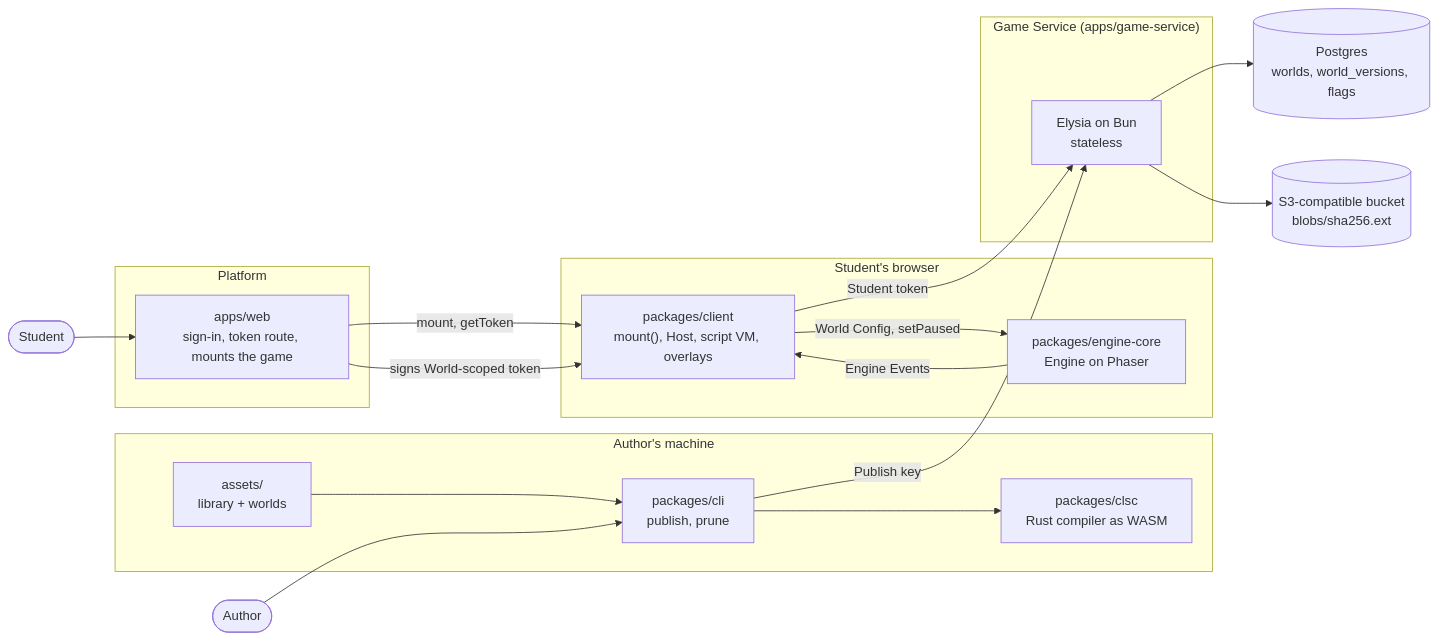
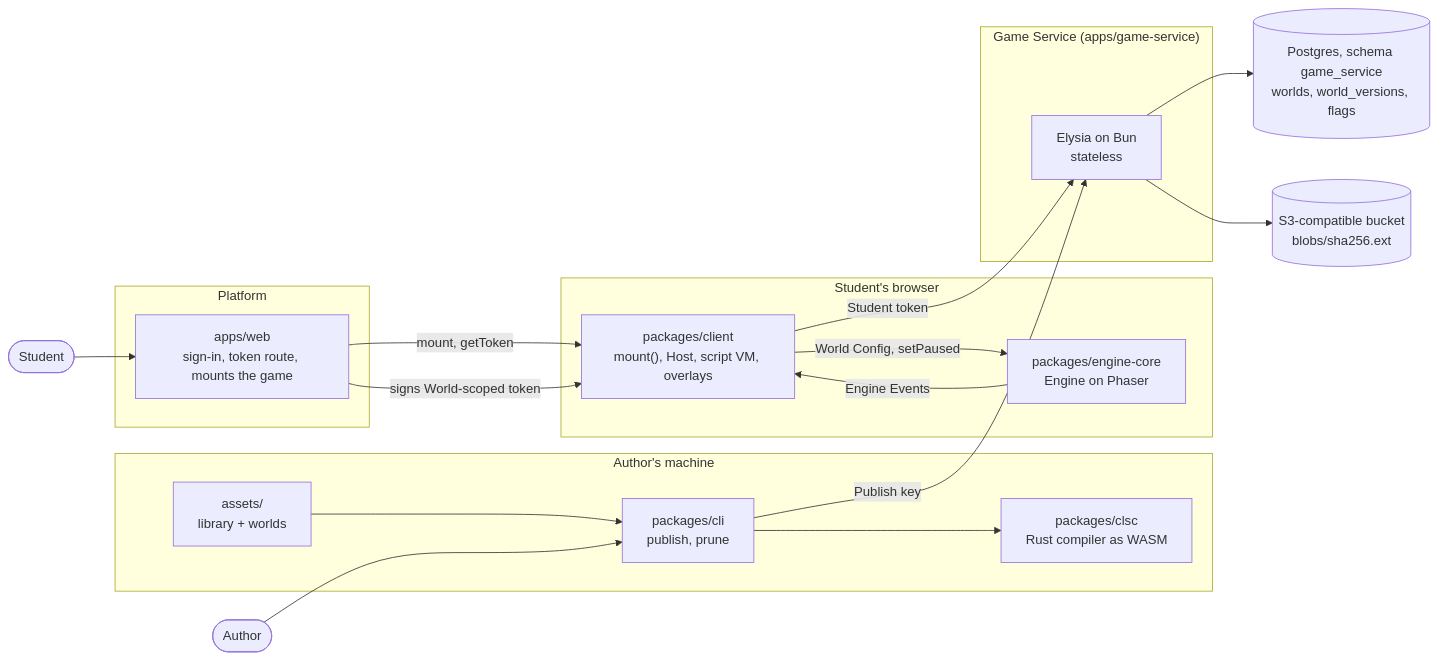
The diagram in docs/mermaid/architecture.md (Palmkonde/rpg-webbase), drawn with Mermaid before and after one commit. The commit also changed 3 other files, not shown here.

First line of the commit message:
docs(guides): an existing or shared database works for the Game Service

````diff
--- a/docs/mermaid/architecture.md
+++ b/docs/mermaid/architecture.md
@@ -1,40 +1,40 @@
 ```mermaid
 flowchart LR
   Author([Author])
   Student([Student])
 
   subgraph AuthorMachine["Author's machine"]
     Content["assets/<br/>library + worlds"]
     CLI["packages/cli<br/>publish, prune"]
     CLSC["packages/clsc<br/>Rust compiler as WASM"]
     Content --> CLI
     CLI --> CLSC
   end
 
   subgraph PlatformSide["Platform"]
     Web["apps/web<br/>sign-in, token route, mounts the game"]
   end
 
   subgraph Browser["Student's browser"]
     Client["packages/client<br/>mount(), Host, script VM, overlays"]
     Engine["packages/engine-core<br/>Engine on Phaser"]
     Client -->|"World Config, setPaused"| Engine
     Engine -->|"Engine Events"| Client
   end
 
   subgraph GameServiceSide["Game Service (apps/game-service)"]
     GS["Elysia on Bun<br/>stateless"]
   end
 
-  PG[("Postgres<br/>worlds, world_versions, flags")]
+  PG[("Postgres, schema game_service<br/>worlds, world_versions, flags")]
   Bucket[("S3-compatible bucket<br/>blobs/sha256.ext")]
 
   Author --> CLI
   CLI -->|"Publish key"| GS
   Student --> Web
   Web -->|"mount, getToken"| Client
   Client -->|"Student token"| GS
   Web -->|"signs World-scoped token"| Client
   GS --> PG
   GS --> Bucket
 ```
````
